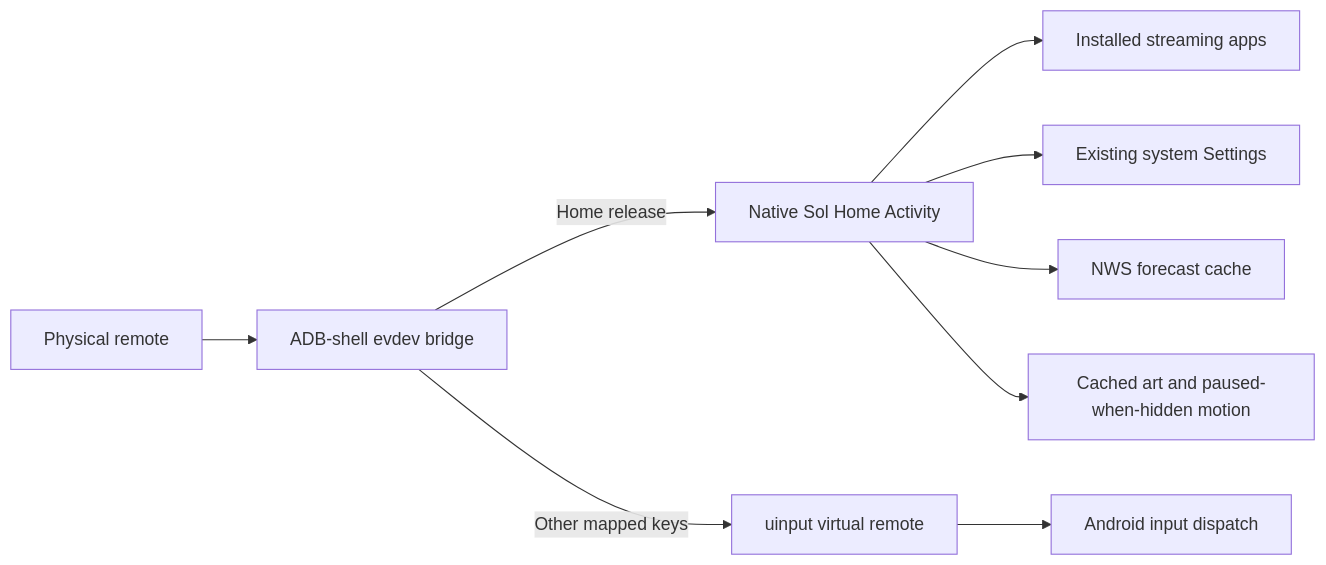
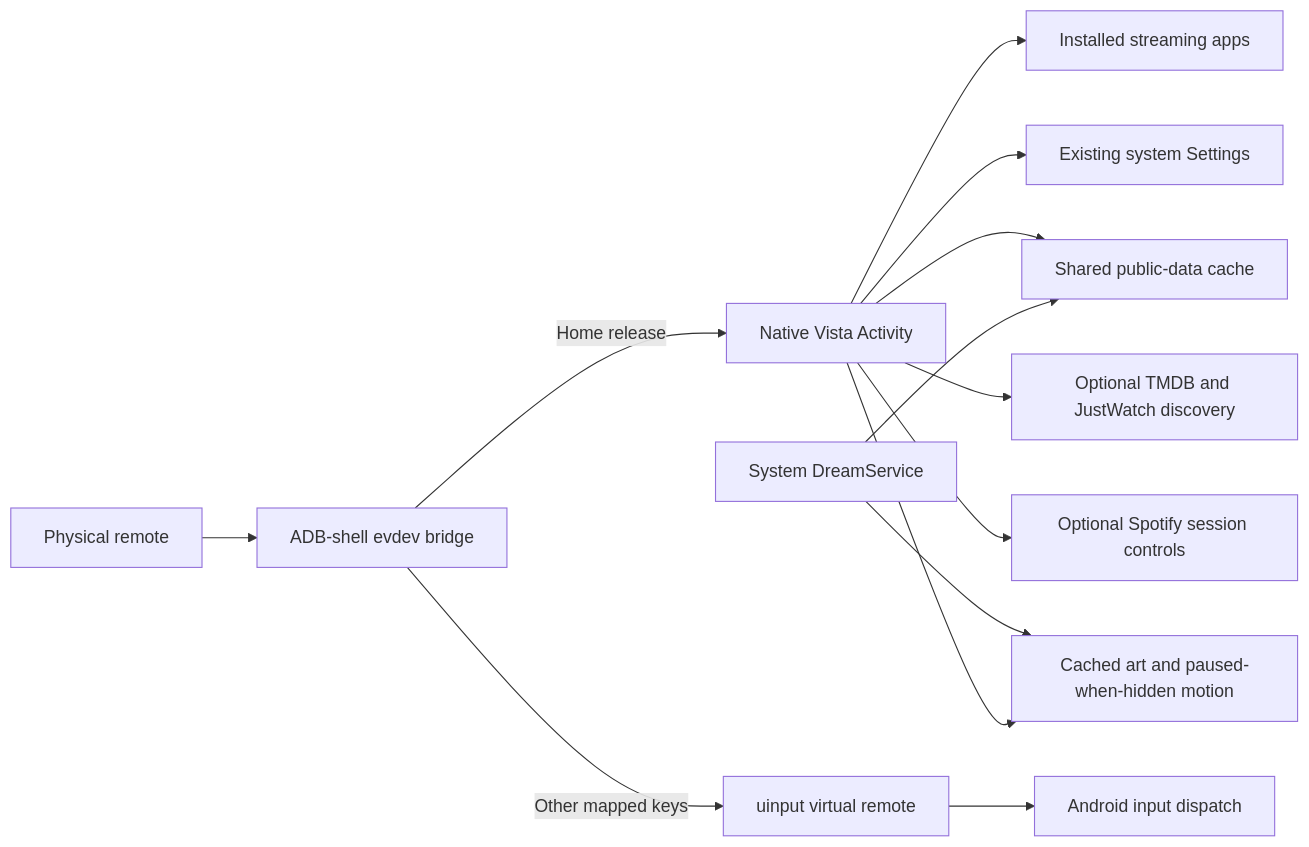
One commit to Griff2325/vista changed the diagram in README.md. Above: the diagram before and after it, drawn with Mermaid. The commit also changed other lines of this file and 50 other files, not shown here.

Commit message:
Add Vista ambient widgets, weather-driven scene and media panels

````diff
--- a/README.md
+++ b/README.md
@@ -35,11 +37,15 @@
 ```mermaid
 flowchart LR
     Remote[Physical remote] --> Bridge[ADB-shell evdev bridge]
-    Bridge -->|Home release| Sol[Native Sol Home Activity]
+    Bridge -->|Home release| Vista[Native Vista Activity]
     Bridge -->|Other mapped keys| Virtual[uinput virtual remote]
     Virtual --> Android[Android input dispatch]
-    Sol --> Apps[Installed streaming apps]
-    Sol --> Settings[Existing system Settings]
-    Sol --> NWS[NWS forecast cache]
-    Sol --> Scene[Cached art and paused-when-hidden motion]
+    Vista --> Apps[Installed streaming apps]
+    Vista --> Settings[Existing system Settings]
+    Vista --> Widgets[Shared public-data cache]
+    Vista --> Explore[Optional TMDB and JustWatch discovery]
+    Vista --> Spotify[Optional Spotify session controls]
+    Dream[System DreamService] --> Scene
+    Dream --> Widgets
+    Vista --> Scene[Cached art and paused-when-hidden motion]
 ```
````
